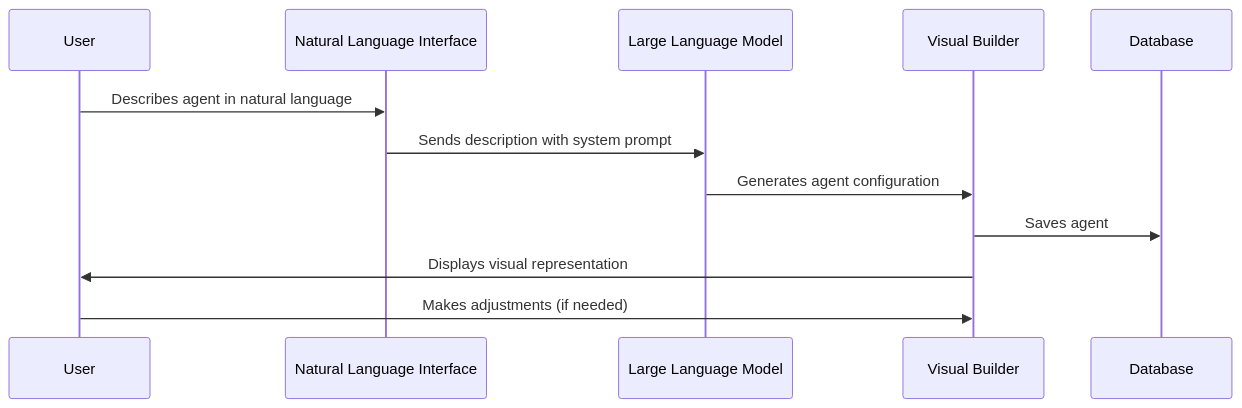
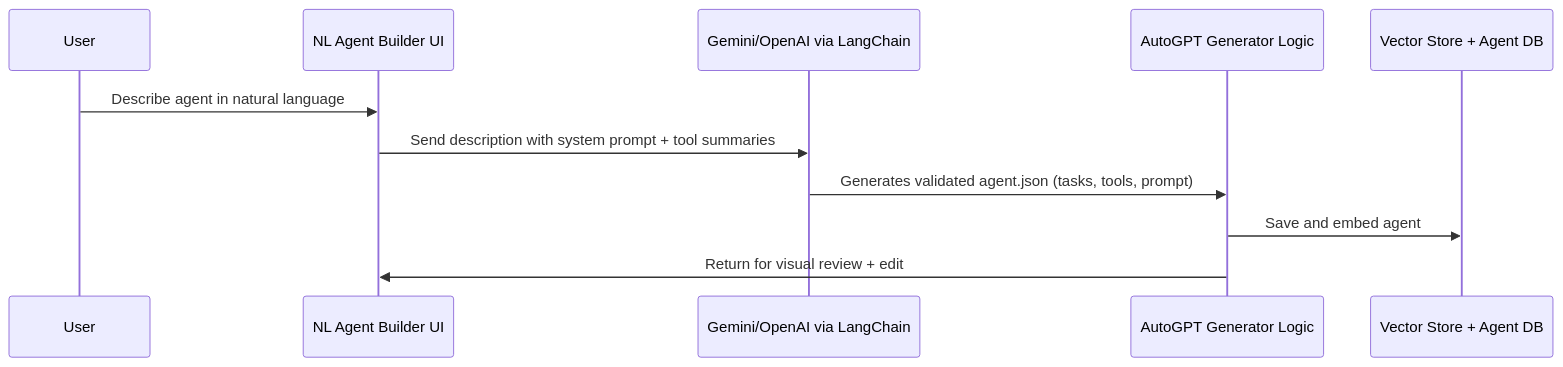
The first of 3 diagrams in README.md (anvyle/Natural-Language-Agent-Workflow-Builder), drawn with Mermaid before and after one commit. The commit also changed other lines of this file, not shown here.

````diff
--- a/README.md
+++ b/README.md
@@ -26,15 +41,14 @@
 ```mermaid
 sequenceDiagram
     participant User
-    participant NLInterface as Natural Language Interface
-    participant LLM as Large Language Model
-    participant Builder as Visual Builder
-    participant DB as Database
+    participant UI as NL Agent Builder UI
+    participant LLM as Gemini/OpenAI via LangChain
+    participant Engine as AutoGPT Generator Logic
+    participant Store as Vector Store + Agent DB
 
-    User->>NLInterface: Describes agent in natural language
-    NLInterface->>LLM: Sends description with system prompt
-    LLM->>Builder: Generates agent configuration
-    Builder->>DB: Saves agent
-    Builder->>User: Displays visual representation
-    User->>Builder: Makes adjustments (if needed)
+    User->>UI: Describe agent in natural language
+    UI->>LLM: Send description with system prompt + tool summaries
+    LLM->>Engine: Generates validated agent.json (tasks, tools, prompt)
+    Engine->>Store: Save and embed agent
+    Engine->>UI: Return for visual review + edit
 ```
````
